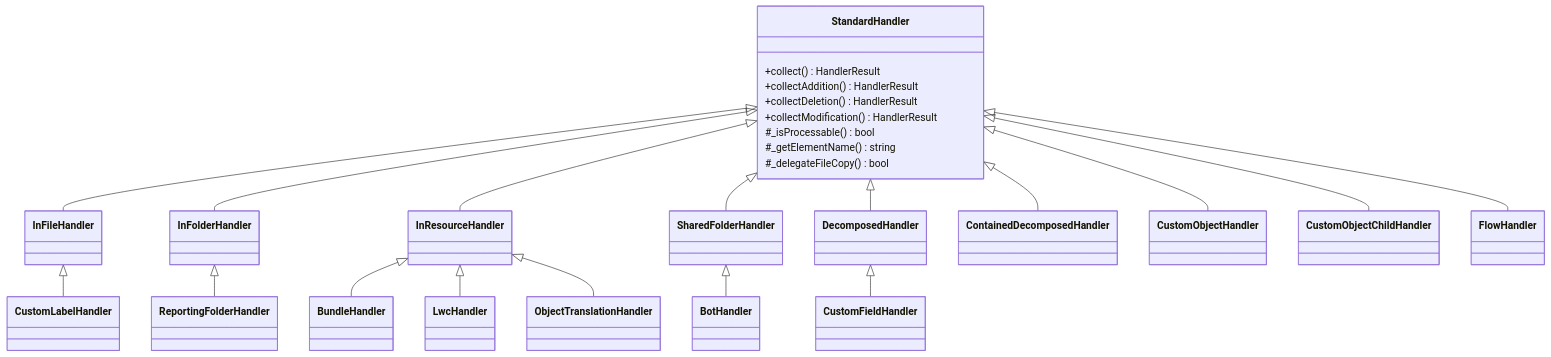
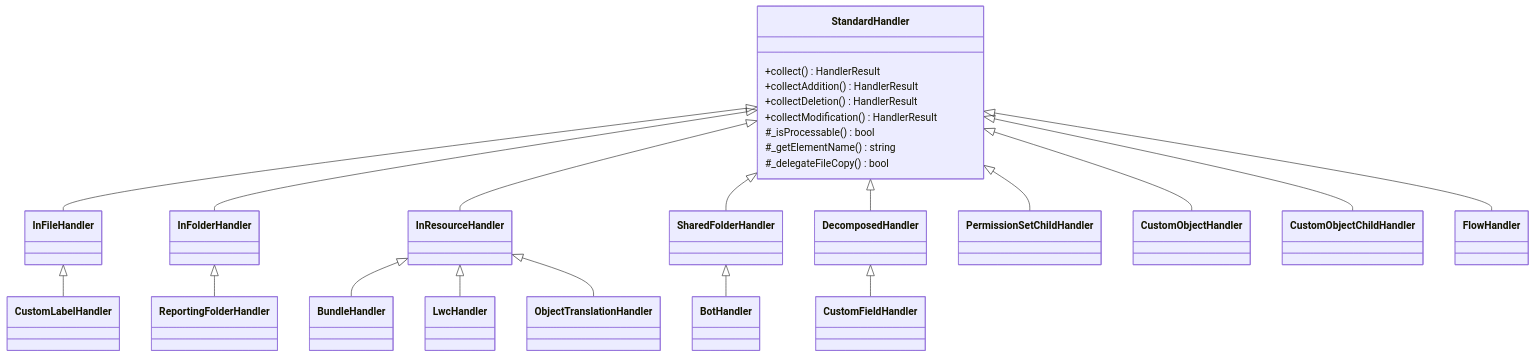
The fourth of 5 diagrams in DESIGN.md (scolladon/sfdx-git-delta), drawn with Mermaid before and after one commit. The commit also changed other lines of this file, not shown here.

Commit message:
docs: update DESIGN.md for PermissionSetChildHandler

````diff
--- a/DESIGN.md
+++ b/DESIGN.md
@@ -165,30 +170,30 @@
 ```mermaid
 classDiagram
     class StandardHandler {
         +collect() HandlerResult
         +collectAddition() HandlerResult
         +collectDeletion() HandlerResult
         +collectModification() HandlerResult
         #_isProcessable() bool
         #_getElementName() string
         #_delegateFileCopy() bool
     }
 
     StandardHandler <|-- InFileHandler
     StandardHandler <|-- InFolderHandler
     StandardHandler <|-- InResourceHandler
     StandardHandler <|-- SharedFolderHandler
     StandardHandler <|-- DecomposedHandler
-    StandardHandler <|-- ContainedDecomposedHandler
+    StandardHandler <|-- PermissionSetChildHandler
     StandardHandler <|-- CustomObjectHandler
     StandardHandler <|-- CustomObjectChildHandler
     StandardHandler <|-- FlowHandler
 
     InFileHandler <|-- CustomLabelHandler
     InFolderHandler <|-- ReportingFolderHandler
     InResourceHandler <|-- BundleHandler
     InResourceHandler <|-- LwcHandler
     InResourceHandler <|-- ObjectTranslationHandler
     SharedFolderHandler <|-- BotHandler
     DecomposedHandler <|-- CustomFieldHandler
 ```
````
